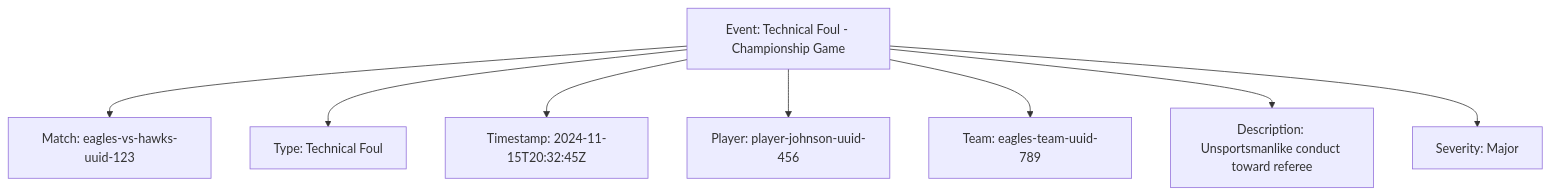
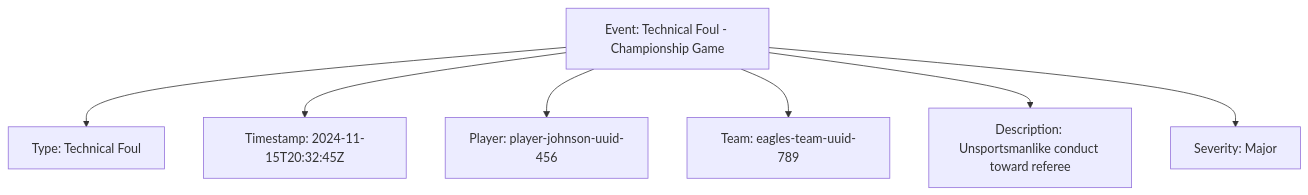
Before and after one commit to wpjwegman/tournament-organizer-system: the diagram in documents/docs/domains/schedule/event.md, drawn with Mermaid. The commit also changed other lines of this file, not shown here.

First line of the commit message:
Remove unnecessary match reference from event model

````diff
--- a/documents/docs/domains/schedule/event.md
+++ b/documents/docs/domains/schedule/event.md
@@ -47,11 +46,10 @@
 ```mermaid
 graph TD
   E[Event: Technical Foul - Championship Game]
-  E --> M[Match: eagles-vs-hawks-uuid-123]
   E --> T[Type: Technical Foul]
   E --> TS[Timestamp: 2024-11-15T20:32:45Z]
   E --> P[Player: player-johnson-uuid-456]
   E --> TM[Team: eagles-team-uuid-789]
   E --> D[Description: Unsportsmanlike conduct toward referee]
   E --> S[Severity: Major]
 ```
````
